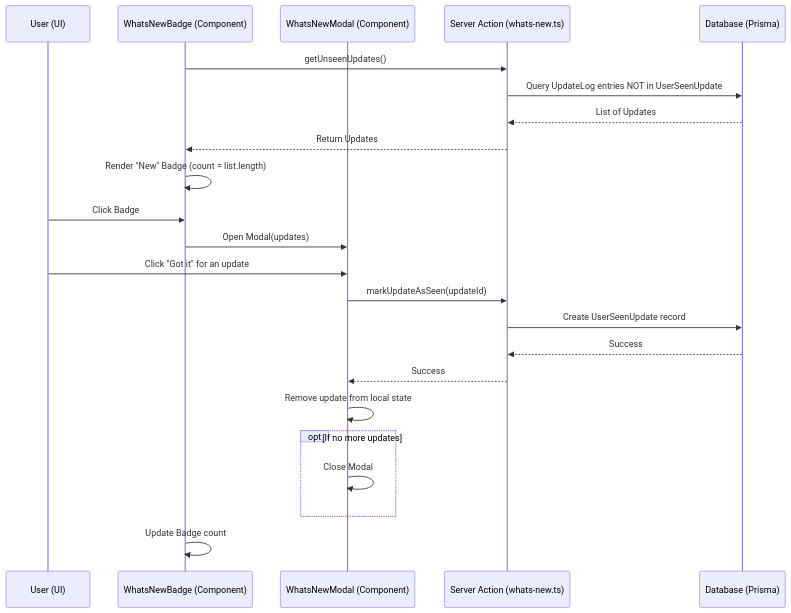
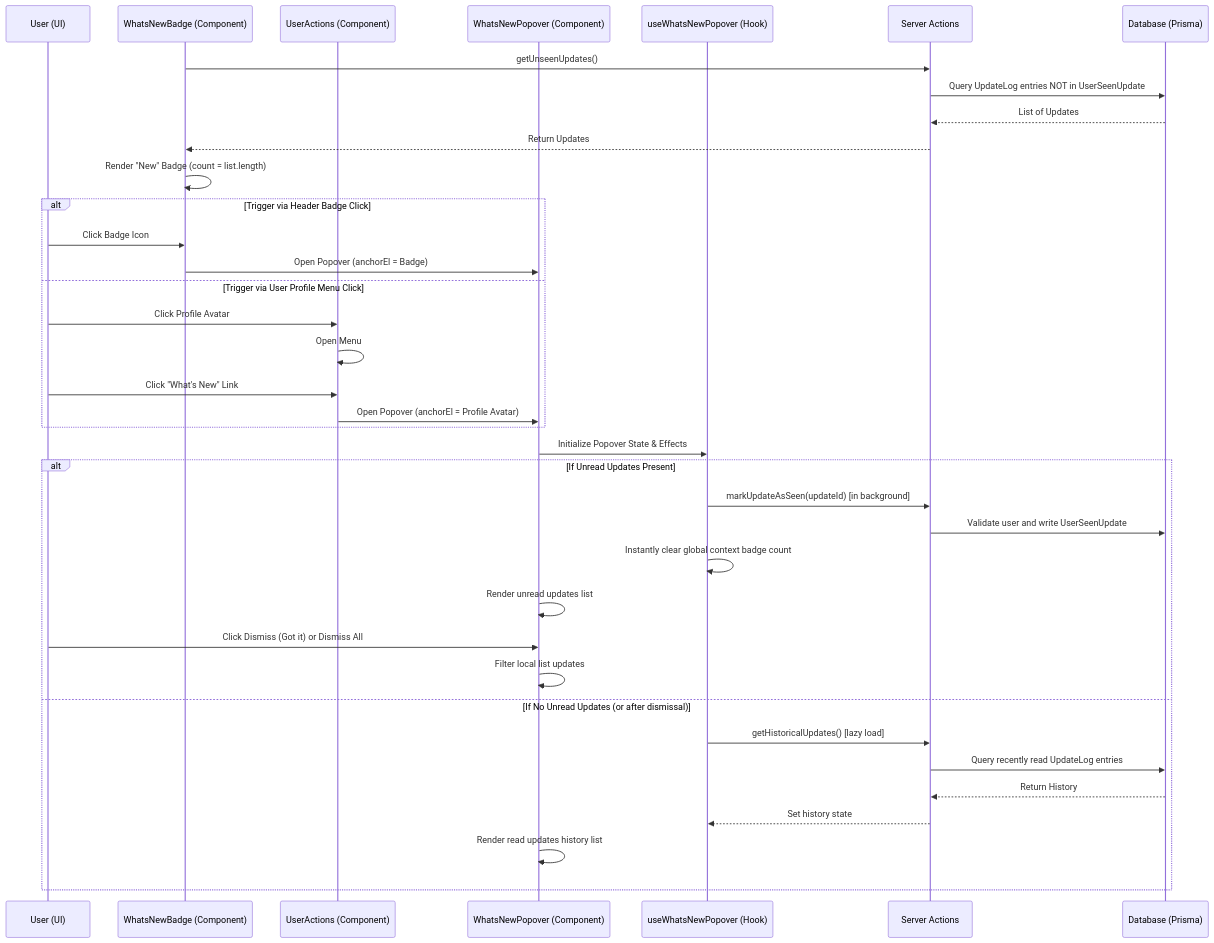
Before and after one commit to thoufeeque22/directly.social: the eighth of 8 diagrams in docs/ARCHITECTURE.md, drawn with Mermaid. The commit also changed other lines of this file and 3 other files, not shown here.

Commit message:
docs: update whats new system architecture and add dropdown menu manual UAT tests

````diff
--- a/docs/ARCHITECTURE.md
+++ b/docs/ARCHITECTURE.md
@@ -324,28 +324,43 @@
 ```mermaid
 sequenceDiagram
     participant U as User (UI)
     participant B as WhatsNewBadge (Component)
-    participant M as WhatsNewModal (Component)
-    participant A as Server Action (whats-new.ts)
+    participant UA as UserActions (Component)
+    participant P as WhatsNewPopover (Component)
+    participant H as useWhatsNewPopover (Hook)
+    participant A as Server Actions
     participant DB as Database (Prisma)
 
     B->>A: getUnseenUpdates()
     A->>DB: Query UpdateLog entries NOT in UserSeenUpdate
     DB-->>A: List of Updates
     A-->>B: Return Updates
     B->>B: Render "New" Badge (count = list.length)
 
-    U->>B: Click Badge
-    B->>M: Open Modal(updates)
+    alt Trigger via Header Badge Click
+        U->>B: Click Badge Icon
+        B->>P: Open Popover (anchorEl = Badge)
+    else Trigger via User Profile Menu Click
+        U->>UA: Click Profile Avatar
+        UA->>UA: Open Menu
+        U->>UA: Click "What's New" Link
+        UA->>P: Open Popover (anchorEl = Profile Avatar)
+    end
+
+    P->>H: Initialize Popover State & Effects
     
-    U->>M: Click "Got it" for an update
-    M->>A: markUpdateAsSeen(updateId)
-    A->>DB: Create UserSeenUpdate record
-    DB-->>A: Success
-    A-->>M: Success
-    M->>M: Remove update from local state
-    opt If no more updates
-        M->>M: Close Modal
+    alt If Unread Updates Present
+        H->>A: markUpdateAsSeen(updateId) [in background]
+        A->>DB: Validate user and write UserSeenUpdate
+        H->>H: Instantly clear global context badge count
+        P->>P: Render unread updates list
+        U->>P: Click Dismiss (Got it) or Dismiss All
+        P->>P: Filter local list updates
+    else If No Unread Updates (or after dismissal)
+        H->>A: getHistoricalUpdates() [lazy load]
+        A->>DB: Query recently read UpdateLog entries
+        DB-->>A: Return History
+        A-->>H: Set history state
+        P->>P: Render read updates history list
     end
-    B->>B: Update Badge count
 ```
````
